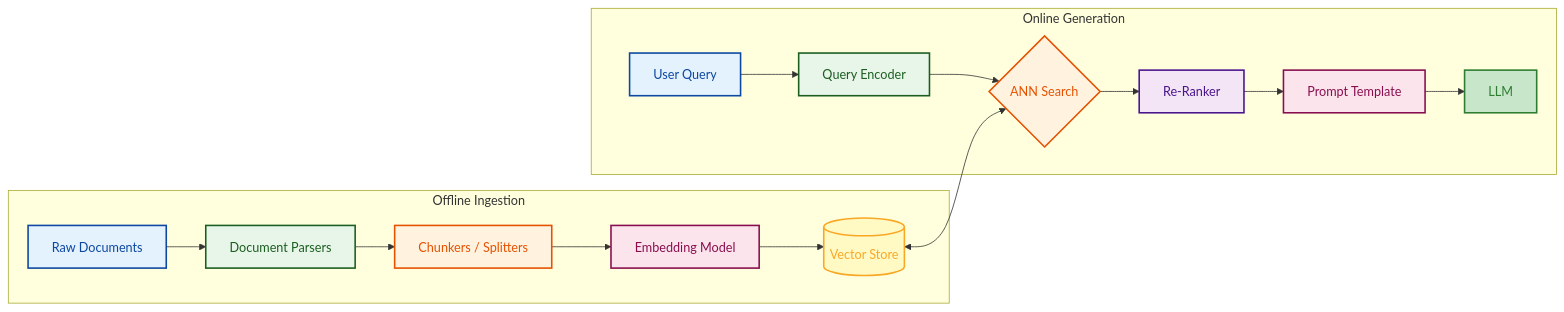
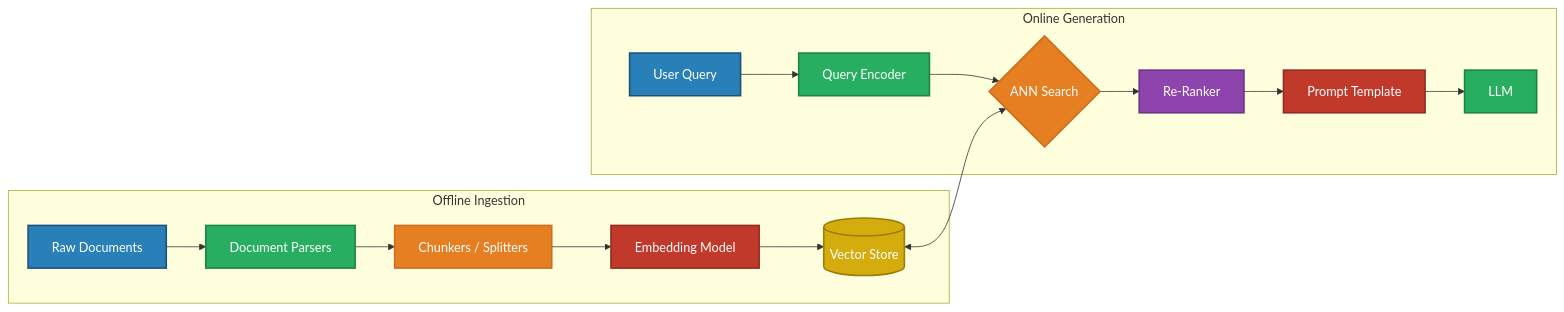
One commit to GyanendraChaubey/AI-Engineering-Notes changed the second of 3 diagrams in docs/02-rag/README.md. Above: the diagram before and after it, drawn with Mermaid. The commit also changed other lines of this file and 15 other files, not shown here.

Commit message:
style: replace all Mermaid diagram colors with saturated palette + white text for dark mode compatibility (321 changes across 16 files)

````diff
--- a/docs/02-rag/README.md
+++ b/docs/02-rag/README.md
@@ -71,29 +71,29 @@
 ```mermaid
 flowchart LR
     subgraph OfflineIngestion ["Offline Ingestion"]
         A[Raw Documents] --> B[Document Parsers]
         B --> C[Chunkers / Splitters]
         C --> D[Embedding Model]
         D --> E[(Vector Store)]
     end
     
     subgraph OnlineGeneration ["Online Generation"]
         F[User Query] --> G[Query Encoder]
         G --> H{ANN Search}
         E <--> H
         H --> I[Re-Ranker]
         I --> J[Prompt Template]
         J --> K[LLM]
     end
-    style A fill:#e3f2fd,stroke:#0d47a1,stroke-width:2px,color:#0d47a1
-    style B fill:#e8f5e9,stroke:#1b5e20,stroke-width:2px,color:#1b5e20
-    style C fill:#fff3e0,stroke:#e65100,stroke-width:2px,color:#e65100
-    style D fill:#fce4ec,stroke:#880e4f,stroke-width:2px,color:#880e4f
-    style E fill:#fff9c4,stroke:#f9a825,stroke-width:2px,color:#f9a825
-    style F fill:#e3f2fd,stroke:#0d47a1,stroke-width:2px,color:#0d47a1
-    style G fill:#e8f5e9,stroke:#1b5e20,stroke-width:2px,color:#1b5e20
-    style H fill:#fff3e0,stroke:#e65100,stroke-width:2px,color:#e65100
-    style I fill:#f3e5f5,stroke:#4a148c,stroke-width:2px,color:#4a148c
-    style J fill:#fce4ec,stroke:#880e4f,stroke-width:2px,color:#880e4f
-    style K fill:#c8e6c9,stroke:#2e7d32,stroke-width:2px,color:#2e7d32
+    style A fill:#2980B9,stroke:#1A5276,stroke-width:2px,color:#FFFFFF
+    style B fill:#27AE60,stroke:#1E8449,stroke-width:2px,color:#FFFFFF
+    style C fill:#E67E22,stroke:#CA6F1E,stroke-width:2px,color:#FFFFFF
+    style D fill:#C0392B,stroke:#922B21,stroke-width:2px,color:#FFFFFF
+    style E fill:#D4AC0D,stroke:#9A7D0A,stroke-width:2px,color:#FFFFFF
+    style F fill:#2980B9,stroke:#1A5276,stroke-width:2px,color:#FFFFFF
+    style G fill:#27AE60,stroke:#1E8449,stroke-width:2px,color:#FFFFFF
+    style H fill:#E67E22,stroke:#CA6F1E,stroke-width:2px,color:#FFFFFF
+    style I fill:#8E44AD,stroke:#6C3483,stroke-width:2px,color:#FFFFFF
+    style J fill:#C0392B,stroke:#922B21,stroke-width:2px,color:#FFFFFF
+    style K fill:#27AE60,stroke:#1E8449,stroke-width:2px,color:#FFFFFF
 ```
````
